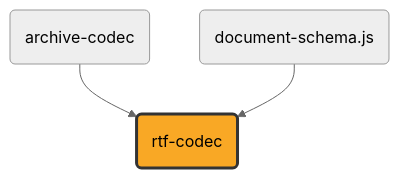
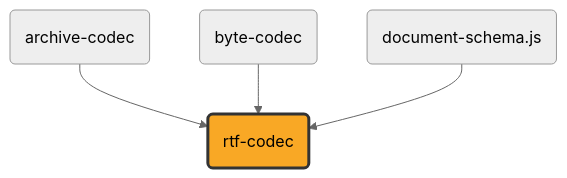
One commit to ExaDev/documents.js changed the diagram in packages/rtf-codec/README.md. Above: the diagram before and after it, drawn with Mermaid (neutral theme). The commit also changed other lines of this file and 5 other files, not shown here.

First line of the commit message:
refactor(rtf-codec): encode base64 through byte-codec

````diff
--- a/packages/rtf-codec/README.md
+++ b/packages/rtf-codec/README.md
@@ -15,15 +15,18 @@
 ```mermaid
 graph TD
     archive("archive-codec")
+    bytes("byte-codec")
     schema("document-schema.js")
     rtfcodec("rtf-codec")
 
     archive --> rtfcodec
+    bytes --> rtfcodec
     schema --> rtfcodec
 
     click archive "https://github.com/ExaDev/documents.js/tree/main/packages/archive-codec" "archive-codec"
+    click bytes "https://github.com/ExaDev/documents.js/tree/main/packages/byte-codec" "byte-codec"
     click schema "https://github.com/ExaDev/documents.js/tree/main/packages/document-schema.js" "document-schema.js"
     click rtfcodec "https://github.com/ExaDev/documents.js/tree/main/packages/rtf-codec" "rtf-codec"
 
     style rtfcodec fill:#f9a825,stroke:#333,stroke-width:3px
 ```
````
